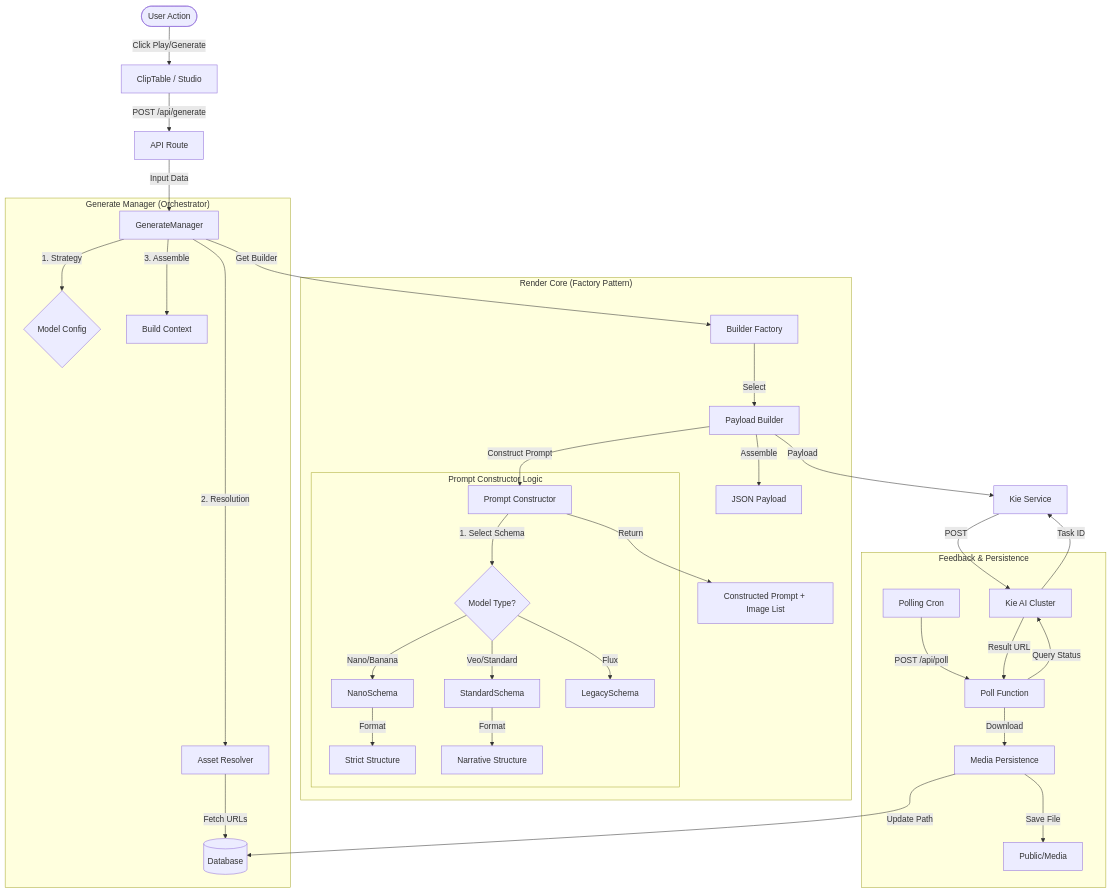
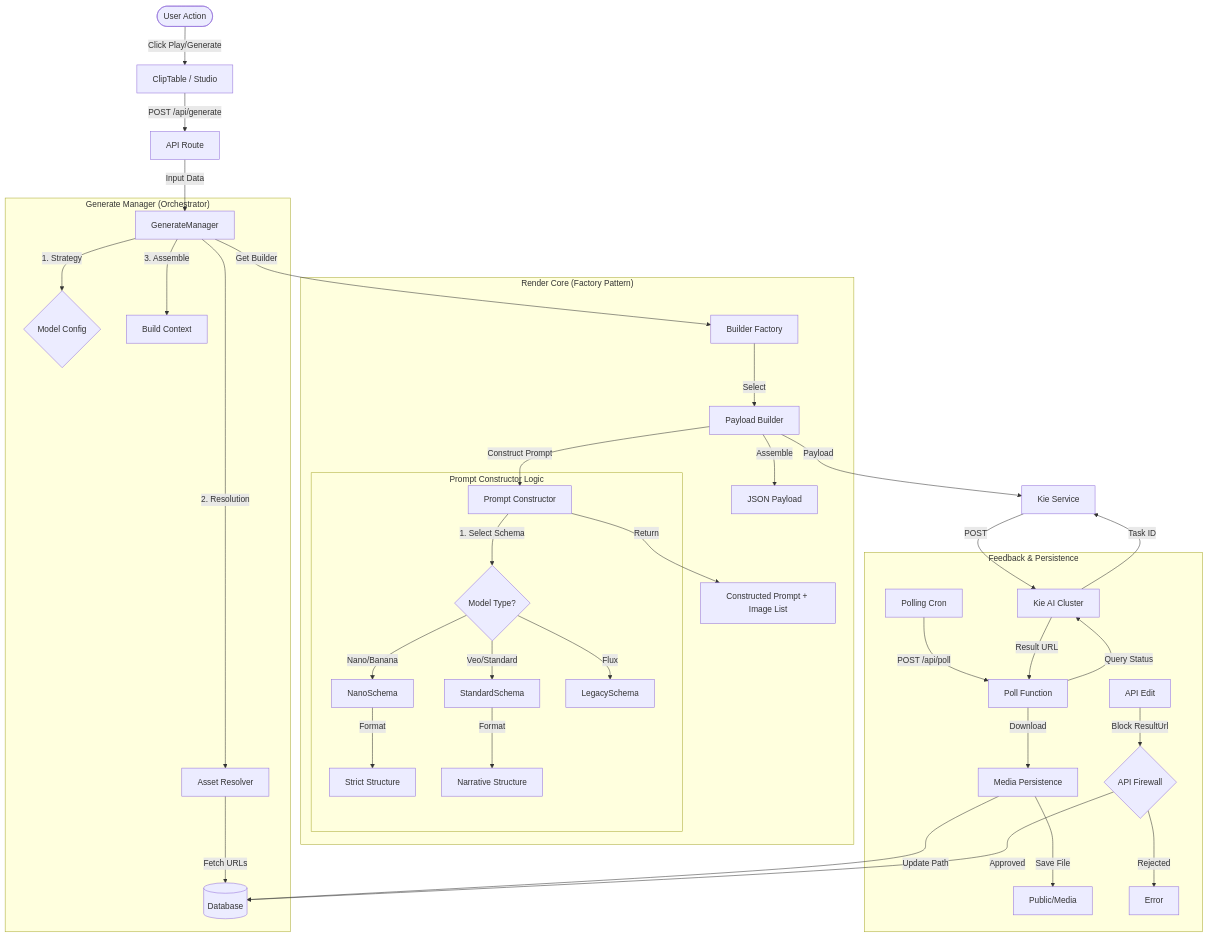
Before and after one commit to Difaroo/ArcRunner.local: the diagram in docs/architecture/RENDER_ENGINE_ARCHITECTURE.md, drawn with Mermaid. The commit also changed other lines of this file and 1 other file, not shown here.

Commit message:
docs: Update Manual and Architecture for v0.16.8 logic & protections

````diff
--- a/docs/architecture/RENDER_ENGINE_ARCHITECTURE.md
+++ b/docs/architecture/RENDER_ENGINE_ARCHITECTURE.md
@@ -8,55 +8,60 @@
 ```mermaid
 graph TD
     %% Touchpoints
     User([User Action]) -->|Click Play/Generate| UI[ClipTable / Studio]
     
     %% Backend Entry
     UI -->|POST /api/generate| API[API Route]
     API -->|Input Data| GM[GenerateManager]
     
     %% Generate Manager Logic
     subgraph "Generate Manager (Orchestrator)"
         GM -->|1. Strategy| Strat{Model Config}
         GM -->|2. Resolution| Resolver[Asset Resolver]
         Resolver -->|Fetch URLs| DB[(Database)]
         GM -->|3. Assemble| Context[Build Context]
     end
     
     %% Render Core
     subgraph "Render Core (Factory Pattern)"
         GM -->|Get Builder| Factory[Builder Factory]
         Factory -->|Select| Builder[Payload Builder]
         
         Builder -->|Construct Prompt| PC[Prompt Constructor]
         
         %% Prompt Constructor Internal Logic
         subgraph "Prompt Constructor Logic"
             PC -->|1. Select Schema| Selector{Model Type?}
             Selector -->|Nano/Banana| NS[NanoSchema]
             Selector -->|Veo/Standard| SS[StandardSchema]
             Selector -->|Flux| LS[LegacySchema]
             
             NS -->|Format| P_Nano[Strict Structure]
             SS -->|Format| P_Std[Narrative Structure]
         end
         
         PC -->|Return| Prompt[Constructed Prompt + Image List]
         Builder -->|Assemble| Payload[JSON Payload]
     end
     
     %% Service Layer
     Builder -->|Payload| Service[Kie Service]
     Service -->|POST| Cluster[Kie AI Cluster]
     Cluster -->|Task ID| Service
     
     %% Feedback Loop
     subgraph "Feedback & Persistence"
         Cron[Polling Cron] -->|POST /api/poll| Poll[Poll Function]
         Poll -->|Query Status| Cluster
         Cluster -->|Result URL| Poll
         
         Poll -->|Download| Persist[Media Persistence]
         Persist -->|Save File| PO[Public/Media]
         Persist -->|Update Path| DB
+
+        %% Protection Layer
+        API_Edit[API Edit] -->|Block ResultUrl| Firewall{API Firewall}
+        Firewall -->|Approved| DB
+        Firewall -->|Rejected| Err[Error]
     end
 ```
````
